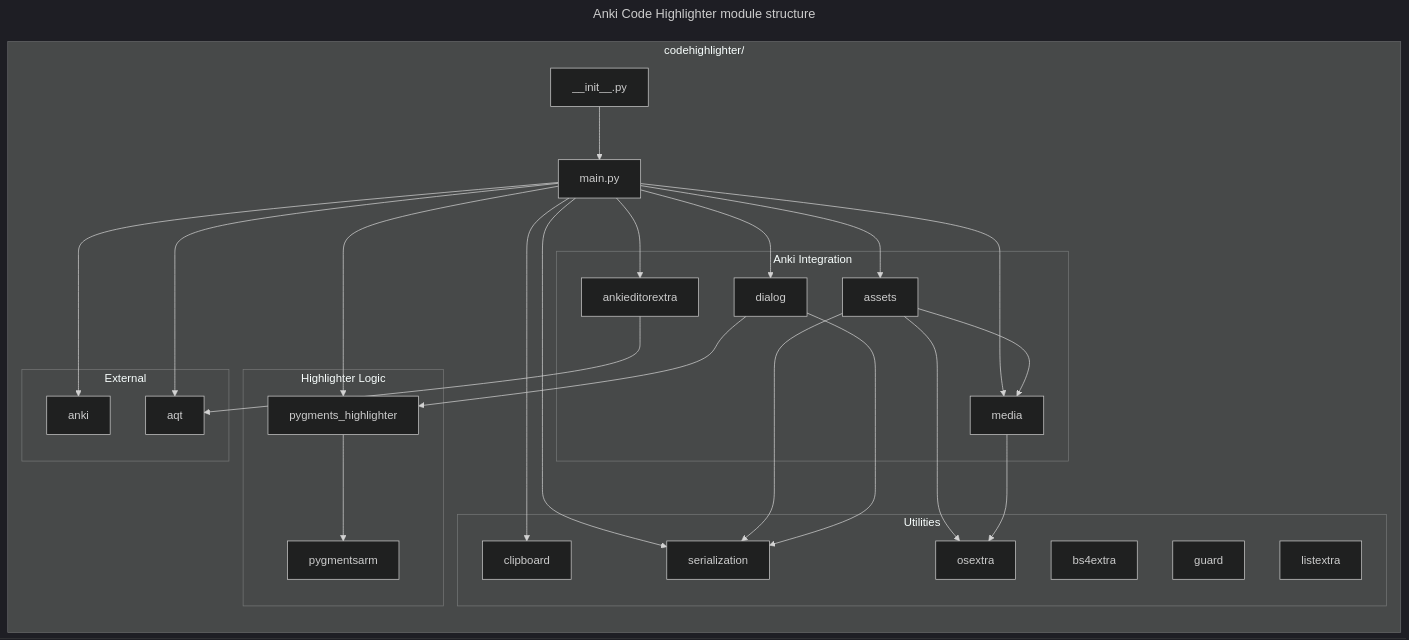
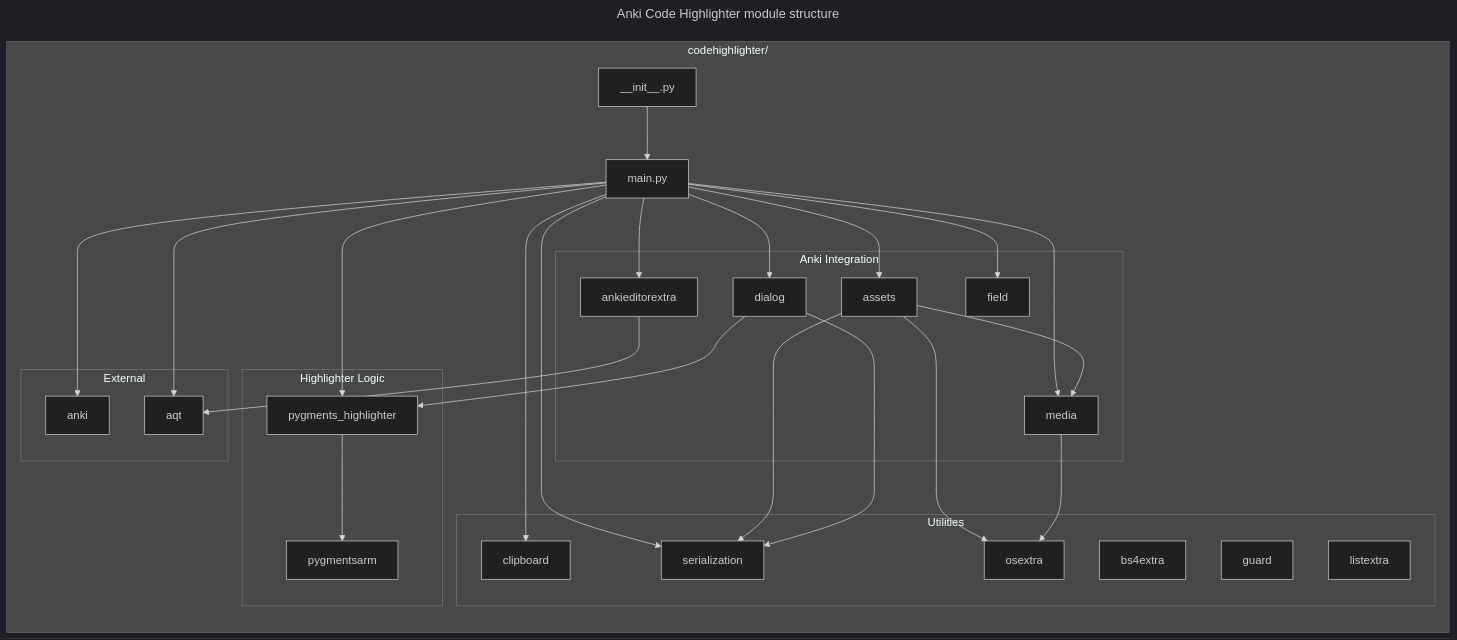
Before and after one commit to gregorias/anki-code-highlighter: the diagram in DEV.md, drawn with Mermaid (dark theme).

Commit message:
docs: update module diagram

````diff
--- a/DEV.md
+++ b/DEV.md
@@ -114,62 +114,64 @@
 ```mermaid
 ---
 title: Anki Code Highlighter module structure
 ---
 graph LR
   init[__init__.py]
 
   subgraph "codehighlighter/"
     main[main.py]
 
     subgraph "Anki Integration"
       ankieditorextra
       assets
       dialog
+      field
       media
     end
 
     subgraph "Highlighter Logic"
       pygments_highlighter
       pygmentsarm
     end
 
     subgraph "Utilities"
       bs4extra
       clipboard
       guard
       listextra
       osextra
       serialization
     end
 
     subgraph "External"
       anki-lib[anki]
       aqt-lib[aqt]
     end
 
     init --> main
 
     main --> ankieditorextra
     main --> assets
     main --> dialog
     main --> pygments_highlighter
     main --> media
+    main --> field
     main --> clipboard
     main --> serialization
     main --> anki-lib
     main --> aqt-lib
 
     pygments_highlighter --> pygmentsarm
 
     ankieditorextra --> aqt-lib
 
     assets --> media
     assets --> osextra
     assets --> serialization
 
     dialog --> pygments_highlighter
     dialog --> serialization
 
     media --> osextra
   end
 ```
````
